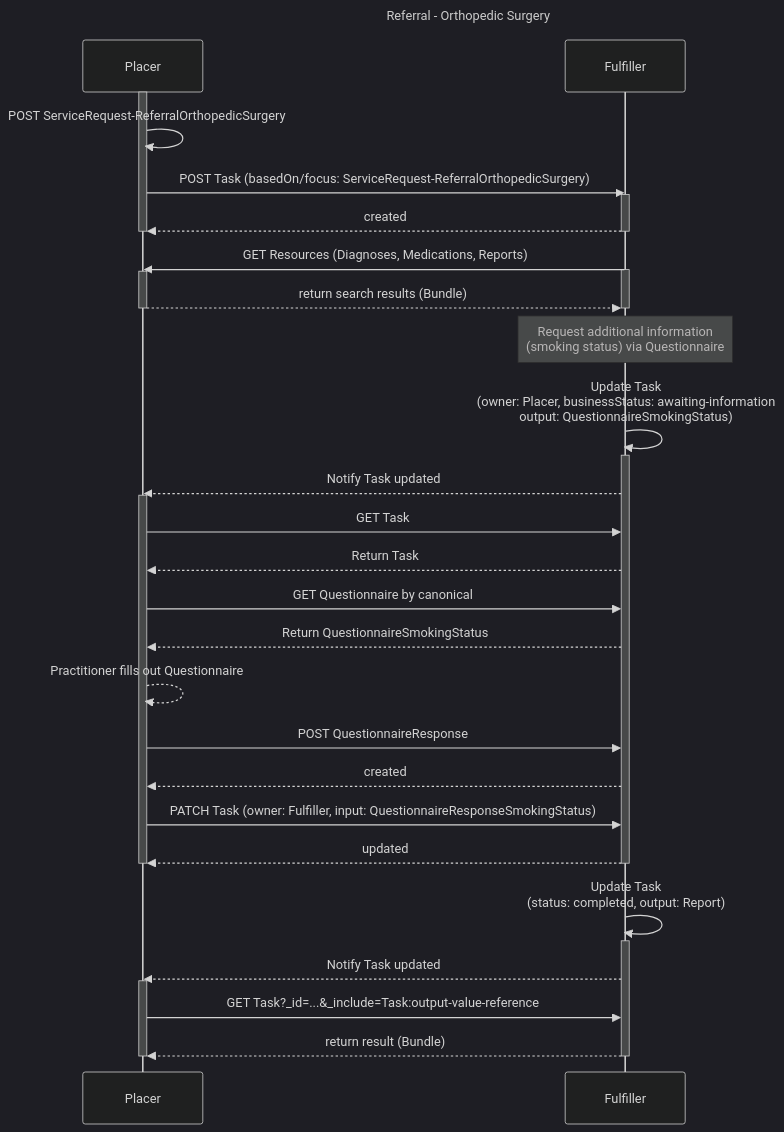
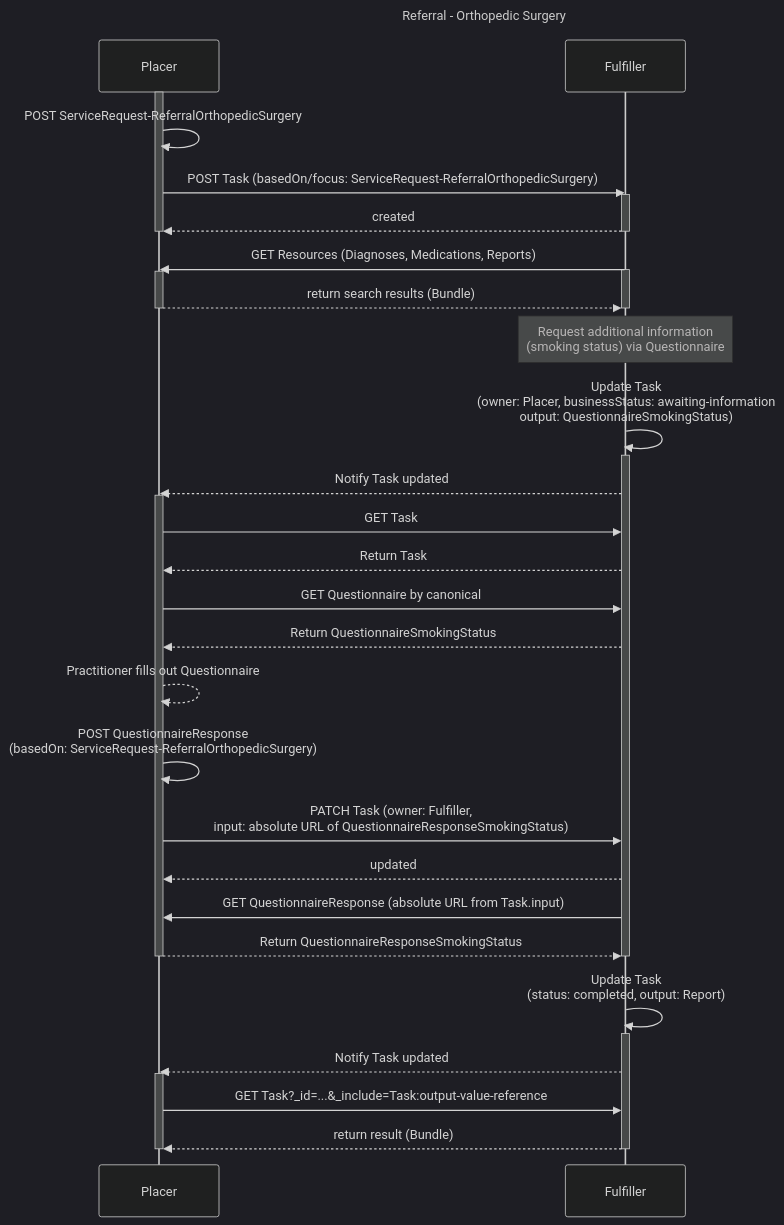
One commit to umzhconnect/umzhconnect-ig changed the diagram in input/pagecontent/usecase-referral-orthopedic.md. Above: the diagram before and after it, drawn with Mermaid (dark theme). The commit also changed other lines of this file and 10 other files, not shown here.

First line of the commit message:
Move QuestionnaireResponse to the Placer (#87)

````diff
--- a/input/pagecontent/usecase-referral-orthopedic.md
+++ b/input/pagecontent/usecase-referral-orthopedic.md
@@ -20,49 +20,50 @@
 ```mermaid
 sequenceDiagram
     title Referral - Orthopedic Surgery
 
     participant Placer as Placer
     participant Fulfiller as Fulfiller
     activate Placer
     Placer->>Placer: POST ServiceRequest-ReferralOrthopedicSurgery
     Placer->>Fulfiller: POST Task (basedOn/focus: ServiceRequest-ReferralOrthopedicSurgery)
     activate Fulfiller
     Fulfiller-->>Placer: created
     deactivate Placer
     deactivate Fulfiller
 
     Fulfiller->>Placer: GET Resources (Diagnoses, Medications, Reports)
     activate Fulfiller
     activate Placer
     Placer-->>Fulfiller: return search results (Bundle)
     deactivate Fulfiller
     deactivate Placer
 
     Note over Fulfiller: Request additional information<br/>(smoking status) via Questionnaire
     Fulfiller->>Fulfiller: Update Task<br/>(owner: Placer, businessStatus: awaiting-information<br/>output: QuestionnaireSmokingStatus)
     activate Fulfiller
     Fulfiller-->>Placer: Notify Task updated
     activate Placer
     Placer->>Fulfiller: GET Task
     Fulfiller-->>Placer: Return Task
     Placer->>Fulfiller: GET Questionnaire by canonical
     Fulfiller-->>Placer: Return QuestionnaireSmokingStatus
     Placer-->>Placer: Practitioner fills out Questionnaire
-    Placer->>Fulfiller: POST QuestionnaireResponse
-    Fulfiller-->>Placer: created
-    Placer->>Fulfiller: PATCH Task (owner: Fulfiller, input: QuestionnaireResponseSmokingStatus)
+    Placer->>Placer: POST QuestionnaireResponse<br/>(basedOn: ServiceRequest-ReferralOrthopedicSurgery)
+    Placer->>Fulfiller: PATCH Task (owner: Fulfiller,<br/>input: absolute URL of QuestionnaireResponseSmokingStatus)
     Fulfiller-->>Placer: updated
+    Fulfiller->>Placer: GET QuestionnaireResponse (absolute URL from Task.input)
+    Placer-->>Fulfiller: Return QuestionnaireResponseSmokingStatus
     deactivate Placer
     deactivate Fulfiller
 
     Fulfiller->>Fulfiller: Update Task<br/>(status: completed, output: Report)
     activate Fulfiller
     Fulfiller-->>Placer: Notify Task updated
     activate Placer
     Placer->> Fulfiller: GET Task?_id=...&_include=Task:output-value-reference
     Fulfiller-->>Placer: return result (Bundle)
     deactivate Placer
     deactivate Fulfiller
 
 
 ```
````
